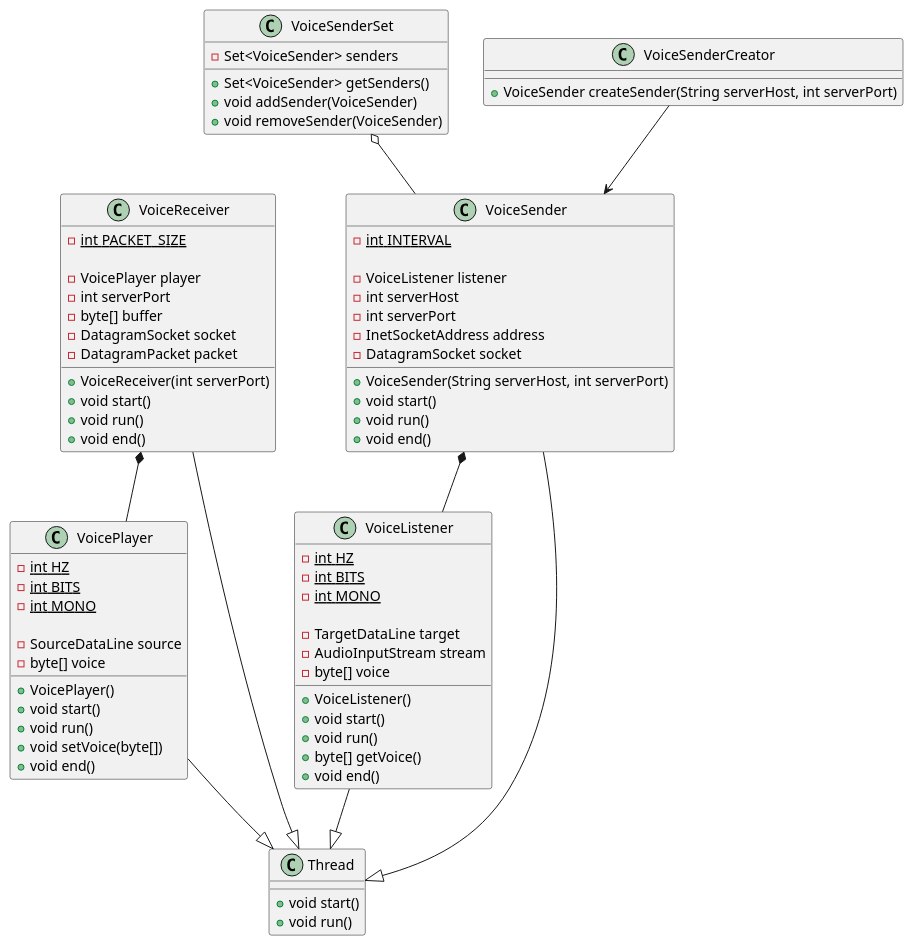
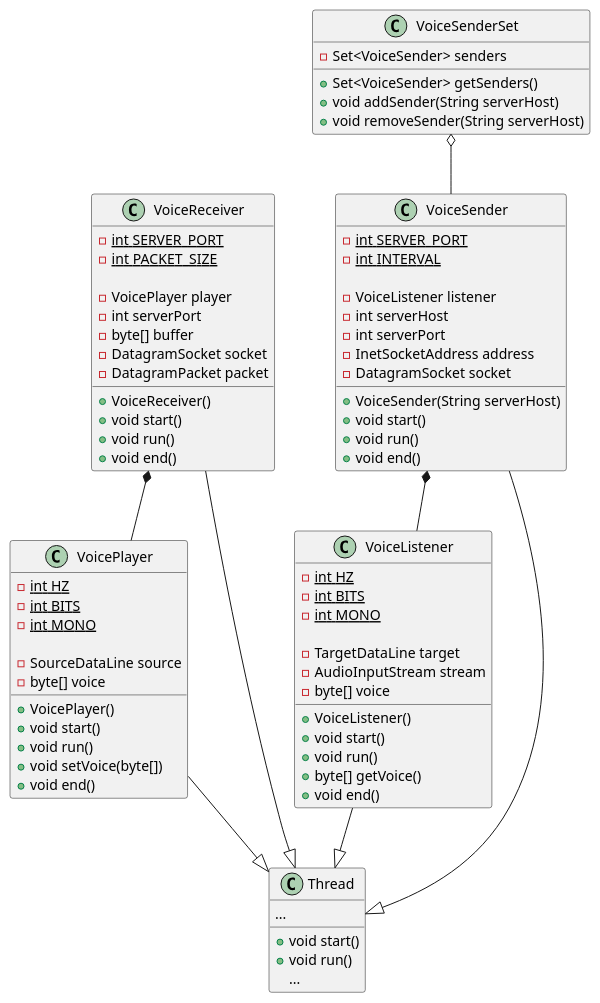
One commit to TOMOFUMI-KONDO/voice-transfer changed the diagram in diagram/classDiagram.puml. Above: the diagram before and after it, drawn with PlantUML. The commit also changed 3 other files, not shown here.

Commit message:
Updated diagrams

```diff
--- a/diagram/classDiagram.puml
+++ b/diagram/classDiagram.puml
@@ -1,92 +1,91 @@
 @startuml
 
 class VoiceReceiver {
+    - {static} int SERVER_PORT
     - {static} int PACKET_SIZE
 
     - VoicePlayer player
     - int serverPort
     - byte[] buffer
     - DatagramSocket socket
     - DatagramPacket packet
 
-    + VoiceReceiver(int serverPort)
+    + VoiceReceiver()
     + void start()
     + void run()
     + void end()
 }
 
 class VoicePlayer{
     - {static} int HZ
     - {static} int BITS
     - {static} int MONO
 
     - SourceDataLine source
     - byte[] voice
 
     + VoicePlayer()
     + void start()
     + void run()
     + void setVoice(byte[])
     + void end()
 }
 
 class VoiceSenderSet {
     - Set<VoiceSender> senders
 
     + Set<VoiceSender> getSenders()
-    + void addSender(VoiceSender)
-    + void removeSender(VoiceSender)
-}
-
-class VoiceSenderCreator {
-    + VoiceSender createSender(String serverHost, int serverPort)
+    + void addSender(String serverHost)
+    + void removeSender(String serverHost)
 }
 
 class VoiceSender {
+    - {static} int SERVER_PORT
     - {static} int INTERVAL
 
     - VoiceListener listener
     - int serverHost
     - int serverPort
     - InetSocketAddress address
     - DatagramSocket socket
 
-    + VoiceSender(String serverHost, int serverPort)
+    + VoiceSender(String serverHost)
     + void start()
     + void run()
     + void end()
 }
 
 class VoiceListener {
     - {static} int HZ
     - {static} int BITS
     - {static} int MONO
 
     - TargetDataLine target
     - AudioInputStream stream
     - byte[] voice
 
     + VoiceListener()
     + void start()
     + void run()
     + byte[] getVoice()
     + void end()
 }
 
 class Thread {
+     ...
      + void start()
      + void run()
+     {method} ...
 }
 
 
 VoiceReceiver --|> Thread
 VoiceReceiver *-- VoicePlayer
 VoicePlayer --|> Thread
 
 VoiceSenderSet o-- VoiceSender
-VoiceSenderCreator --> VoiceSender
 VoiceSender --|> Thread
 VoiceSender *-- VoiceListener
 VoiceListener --|> Thread
 
 @enduml
```
